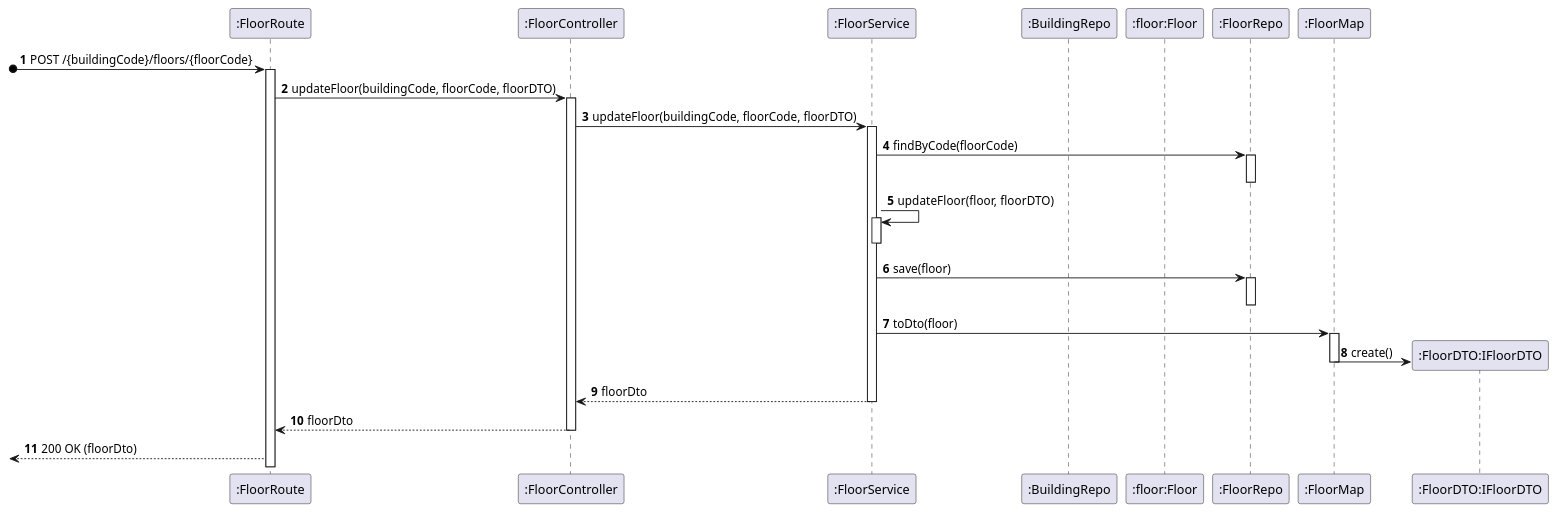
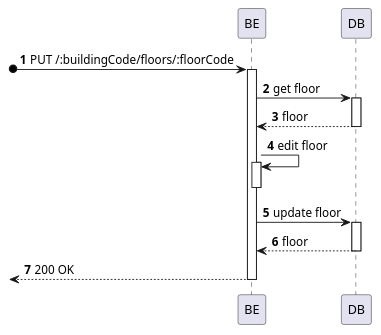
One commit to miseEnPlace-dev/lapr5 changed the diagram in _wiki/sprint-a/us06-200/views/level-3/process-view.puml. Above: the diagram before and after it, drawn with PlantUML. The commit also changed 2 other files, not shown here.

```diff
--- a/_wiki/sprint-a/us06-200/views/level-3/process-view.puml
+++ b/_wiki/sprint-a/us06-200/views/level-3/process-view.puml
@@ -1,38 +1,25 @@
 @startuml process-view
 autonumber
-participant route as ":FloorRoute"
-participant controller as ":FloorController"
-participant service as ":FloorService"
-participant building_repo as ":BuildingRepo"
-participant floor as ":floor:Floor"
-participant floor_repo as ":FloorRepo"
-participant map as ":FloorMap"
-participant floor_dto as ":FloorDTO:IFloorDTO"
+participant BE as "BE"
+participant DB as "DB"
 
-?o-> route : POST /{buildingCode}/floors/{floorCode}
-activate route
-route -> controller : updateFloor(buildingCode, floorCode, floorDTO)
-activate controller
-controller -> service : updateFloor(buildingCode, floorCode, floorDTO)
-activate service
-service -> floor_repo : findByCode(floorCode)
-activate floor_repo
-deactivate floor_repo
-service -> service : updateFloor(floor, floorDTO)
-activate service
-deactivate service
-service -> floor_repo : save(floor)
-activate floor_repo
-deactivate floor_repo
-service -> map : toDto(floor)
-activate map
-map -> floor_dto** : create()
-deactivate map
-service --> controller : floorDto
-deactivate service
-controller --> route : floorDto
-deactivate controller
-<-- route : 200 OK (floorDto)
+?o-> BE : PUT /:buildingCode/floors/:floorCode
+activate BE
 
+BE -> DB : get floor
+activate DB
+DB --> BE : floor
+deactivate DB
+
+BE -> BE : edit floor
+activate BE
+deactivate BE
+BE -> DB : update floor
+activate DB
+DB --> BE : floor
+deactivate DB
+
+<-- BE : 200 OK
+deactivate BE
 
 @enduml
```
